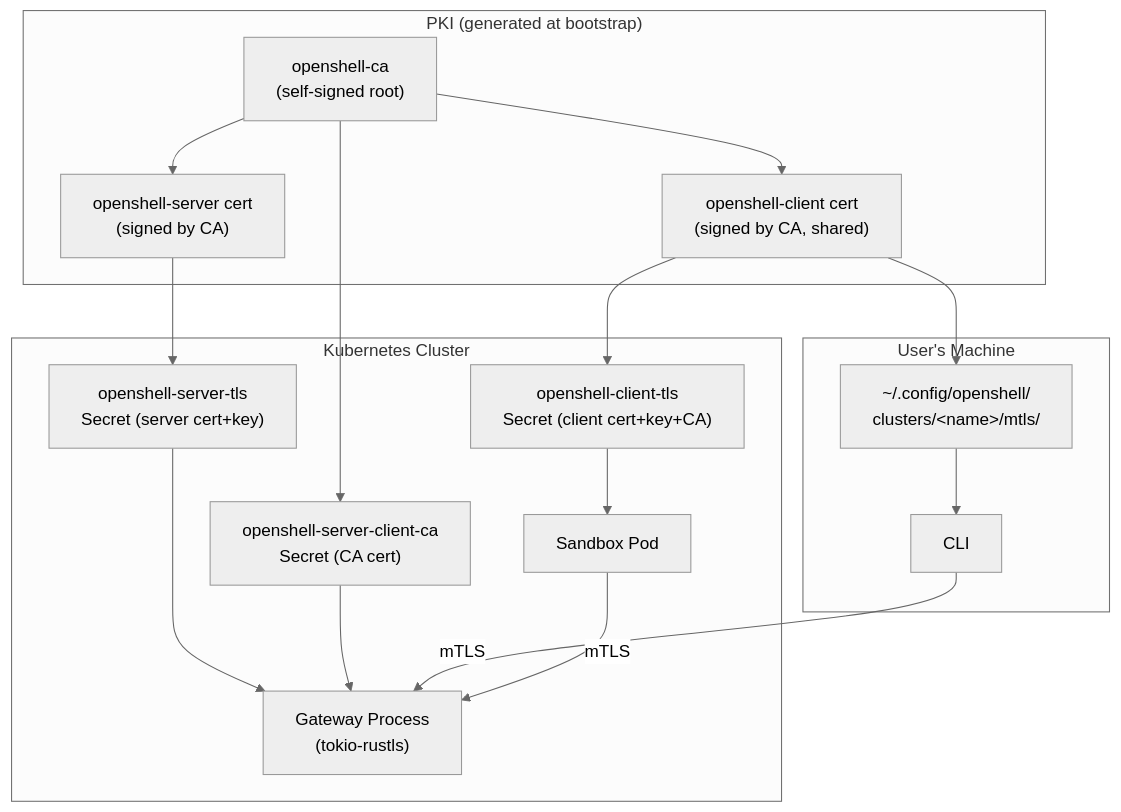
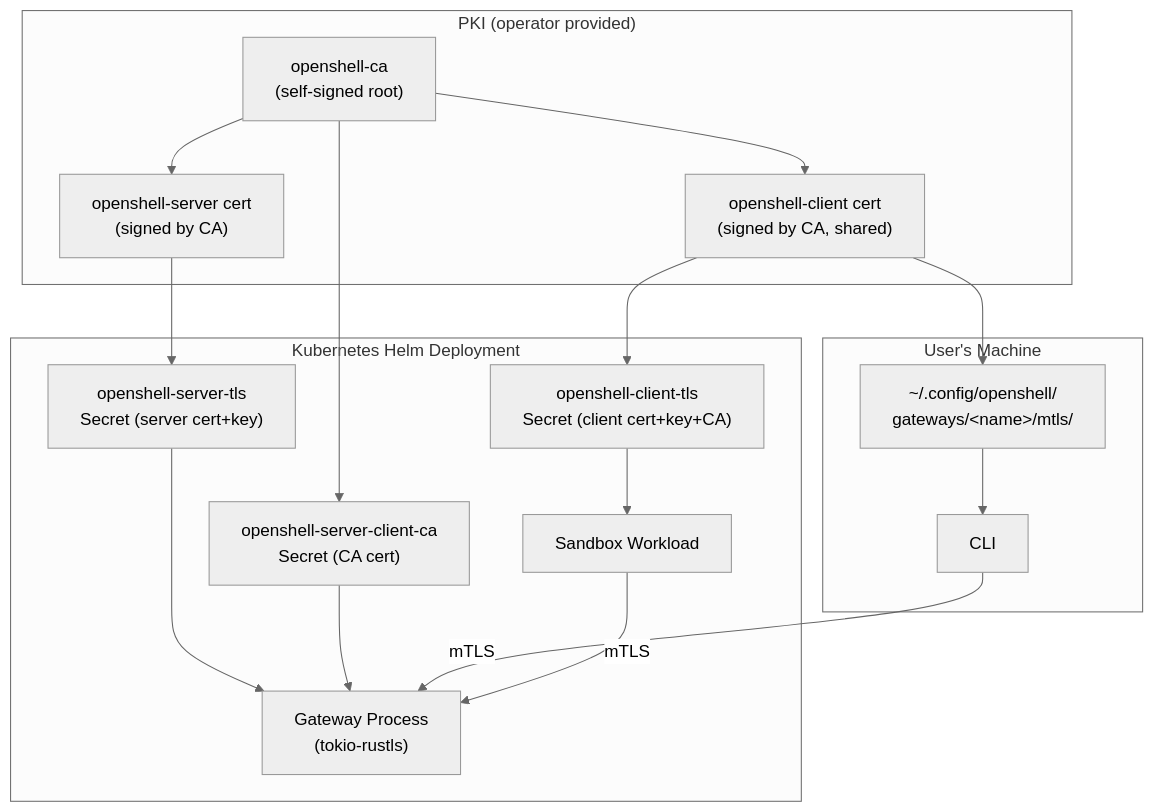
One commit to st-gr/OpenShell changed the first of 3 diagrams in architecture/gateway-security.md. Above: the diagram before and after it, drawn with Mermaid (neutral theme). The commit also changed other lines of this file and 41 other files, not shown here.

Commit message:
docs: update gateway deployment architecture (#1108)

````diff
--- a/architecture/gateway-security.md
+++ b/architecture/gateway-security.md
@@ -13,36 +13,36 @@
 ```mermaid
 graph TD
-    subgraph PKI["PKI (generated at bootstrap)"]
+    subgraph PKI["PKI (operator provided)"]
         CA["openshell-ca<br/>(self-signed root)"]
         SERVER_CERT["openshell-server cert<br/>(signed by CA)"]
         CLIENT_CERT["openshell-client cert<br/>(signed by CA, shared)"]
         CA --> SERVER_CERT
         CA --> CLIENT_CERT
     end
 
-    subgraph CLUSTER["Kubernetes Cluster"]
+    subgraph CLUSTER["Kubernetes Helm Deployment"]
         S1["openshell-server-tls<br/>Secret (server cert+key)"]
         S2["openshell-server-client-ca<br/>Secret (CA cert)"]
         S3["openshell-client-tls<br/>Secret (client cert+key+CA)"]
         GW["Gateway Process<br/>(tokio-rustls)"]
-        SBX["Sandbox Pod"]
+        SBX["Sandbox Workload"]
     end
 
     subgraph HOST["User's Machine"]
         CLI["CLI"]
-        MTLS_DIR["~/.config/openshell/<br/>clusters/&lt;name&gt;/mtls/"]
+        MTLS_DIR["~/.config/openshell/<br/>gateways/&lt;name&gt;/mtls/"]
     end
 
     SERVER_CERT --> S1
     CA --> S2
     CLIENT_CERT --> S3
     CLIENT_CERT --> MTLS_DIR
 
     S1 --> GW
     S2 --> GW
     S3 --> SBX
     MTLS_DIR --> CLI
 
     CLI -- "mTLS" --> GW
     SBX -- "mTLS" --> GW
 ```
````
